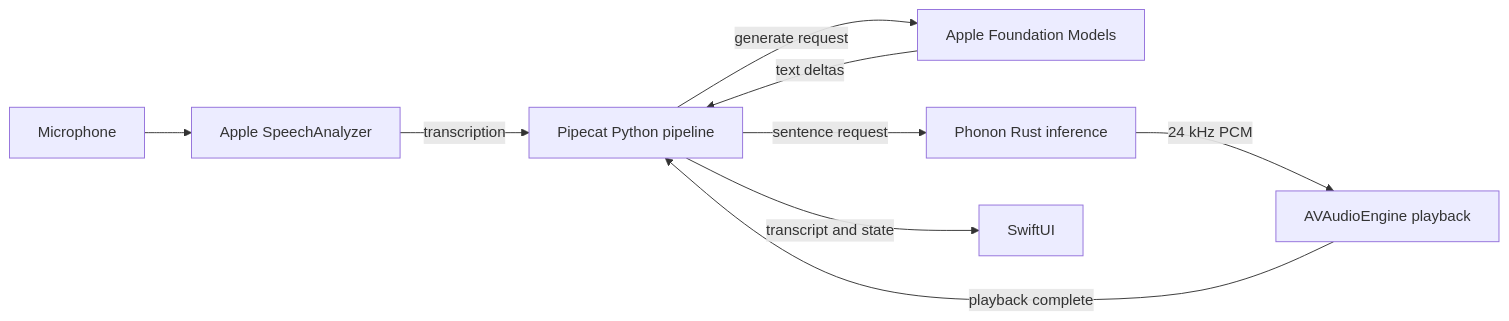
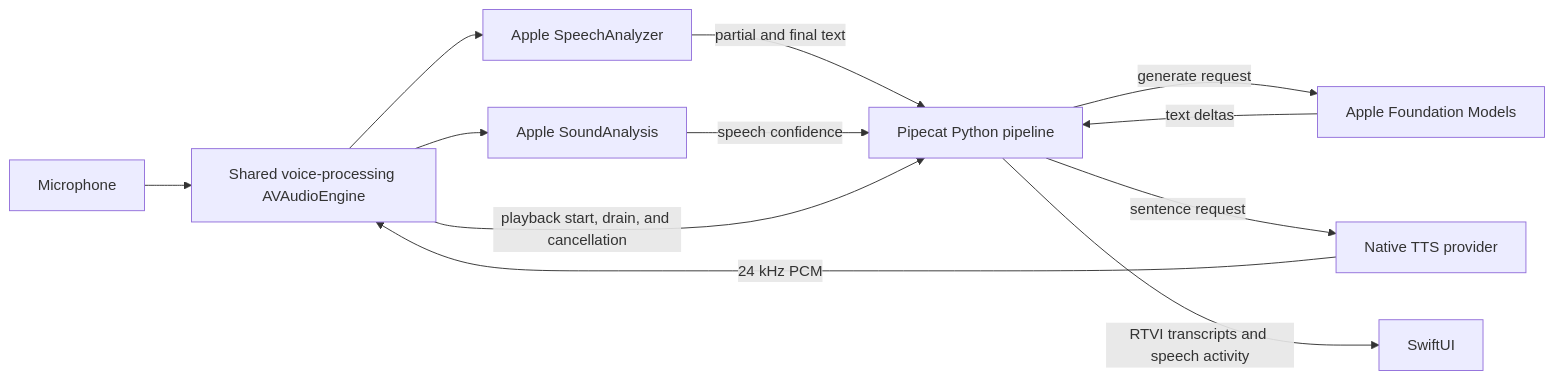
Before and after one commit to pipecat-ai/pipecat-build-ios: the diagram in docs/architecture.md, drawn with Mermaid. The commit also changed other lines of this file and 56 other files, not shown here.

````diff
--- a/docs/architecture.md
+++ b/docs/architecture.md
@@ -3,11 +3,14 @@
 ```mermaid
 flowchart LR
-    Mic[Microphone] --> ASR[Apple SpeechAnalyzer]
-    ASR -->|transcription| Python[Pipecat Python pipeline]
+    Mic[Microphone] --> Audio[Shared voice-processing AVAudioEngine]
+    Audio --> ASR[Apple SpeechAnalyzer]
+    Audio --> VAD[Apple SoundAnalysis]
+    ASR -->|partial and final text| Python[Pipecat Python pipeline]
+    VAD -->|speech confidence| Python
     Python -->|generate request| LLM[Apple Foundation Models]
     LLM -->|text deltas| Python
-    Python -->|sentence request| TTS[Phonon Rust inference]
-    TTS -->|24 kHz PCM| Player[AVAudioEngine playback]
-    Player -->|playback complete| Python
-    Python -->|transcript and state| UI[SwiftUI]
+    Python -->|sentence request| TTS[Native TTS provider]
+    TTS -->|24 kHz PCM| Audio
+    Audio -->|playback start, drain, and cancellation| Python
+    Python -->|RTVI transcripts and speech activity| UI[SwiftUI]
 ```
````
